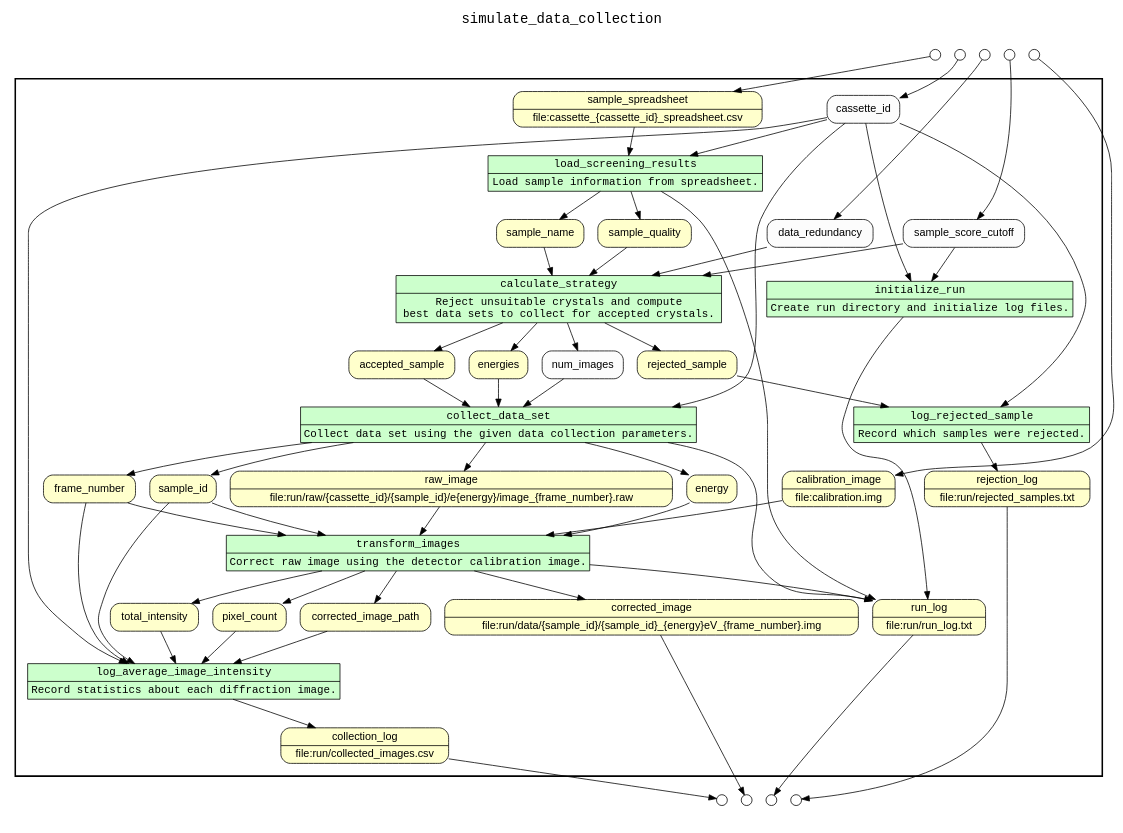
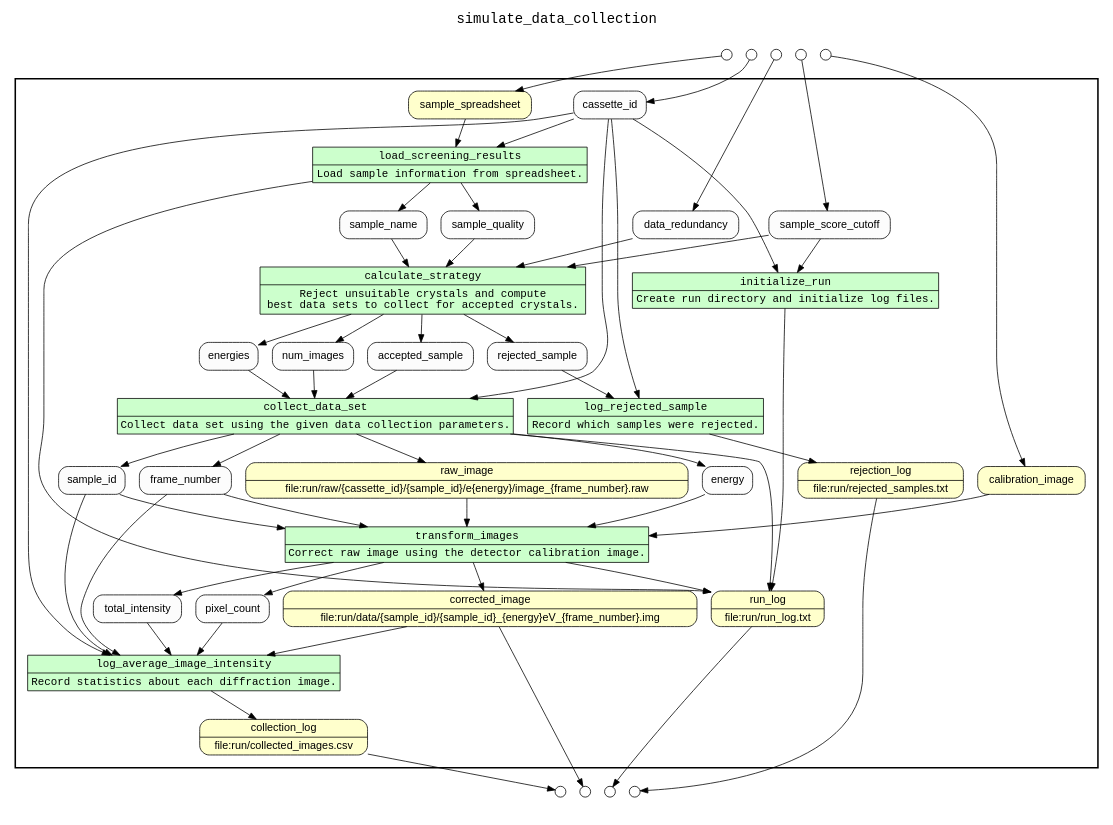
One commit to yesworkflow-org/yw-prototypes changed the diagram in examples/simulate_data_collection/yw/combined.gv. Above: the diagram before and after it, drawn with Graphviz. The commit also changed 9 other files, not shown here.

```diff
--- a/examples/simulate_data_collection/yw/combined.gv
+++ b/examples/simulate_data_collection/yw/combined.gv
@@ -1,155 +1,153 @@
 
 /* Start of top-level graph */
 digraph Workflow {
 rankdir=TB
 
 /* Title for graph */
 fontname=Courier; fontsize=18; labelloc=t
 label=simulate_data_collection
 
 /* Start of double cluster for drawing box around nodes in workflow */
 subgraph cluster_workflow_box_outer { label=""; color=black; penwidth=2
 subgraph cluster_workflow_box_inner { label=""; color=white
 
 /* Style for nodes representing atomic programs in workflow */
 node[shape=box style=filled fillcolor="#CCFFCC" peripheries=1 fontname=Courier]
 
 /* Nodes representing atomic programs in workflow */
 initialize_run [shape=record rankdir=LR label="{<f0> initialize_run |<f1> Create run directory and initialize log files.}"];
 load_screening_results [shape=record rankdir=LR label="{<f0> load_screening_results |<f1> Load sample information from spreadsheet.}"];
 calculate_strategy [shape=record rankdir=LR label="{<f0> calculate_strategy |<f1> Reject unsuitable crystals and compute \n best data sets to collect for accepted crystals.}"];
 log_rejected_sample [shape=record rankdir=LR label="{<f0> log_rejected_sample |<f1> Record which samples were rejected.}"];
 collect_data_set [shape=record rankdir=LR label="{<f0> collect_data_set |<f1> Collect data set using the given data collection parameters.}"];
 transform_images [shape=record rankdir=LR label="{<f0> transform_images |<f1> Correct raw image using the detector calibration image.}"];
 log_average_image_intensity [shape=record rankdir=LR label="{<f0> log_average_image_intensity |<f1> Record statistics about each diffraction image.}"];
 
 /* Style for nodes representing non-parameter data channels in workflow */
 node[shape=box style="rounded,filled" fillcolor="#FFFFCC" peripheries=1 fontname=Helvetica]
 
 /* Nodes for non-parameter data channels in workflow */
 corrected_image [shape=record rankdir=LR label="{<f0> corrected_image |<f1> file\:run/data/\{sample_id\}/\{sample_id\}_\{energy\}eV_\{frame_number\}.img}"];
 run_log [shape=record rankdir=LR label="{<f0> run_log |<f1> file\:run/run_log.txt}"];
 collection_log [shape=record rankdir=LR label="{<f0> collection_log |<f1> file\:run/collected_images.csv}"];
 rejection_log [shape=record rankdir=LR label="{<f0> rejection_log |<f1> file\:run/rejected_samples.txt}"];
-sample_spreadsheet [shape=record rankdir=LR label="{<f0> sample_spreadsheet |<f1> file\:cassette_\{cassette_id\}_spreadsheet.csv}"];
-sample_name
-sample_quality
-rejected_sample
-accepted_sample
-energies
-sample_id
-energy
-frame_number
+sample_spreadsheet
 raw_image [shape=record rankdir=LR label="{<f0> raw_image |<f1> file\:run/raw/\{cassette_id\}/\{sample_id\}/e\{energy\}/image_\{frame_number\}.raw}"];
-calibration_image [shape=record rankdir=LR label="{<f0> calibration_image |<f1> file\:calibration.img}"];
-corrected_image_path
-total_intensity
-pixel_count
+calibration_image
 
 /* Style for nodes representing parameter channels in workflow */
 node[shape=box style="rounded,filled" fillcolor="#FCFCFC" peripheries=1 fontname=Helvetica]
 
 /* Nodes representing parameter channels in workflow */
 cassette_id
 sample_score_cutoff
 data_redundancy
+sample_name
+sample_quality
+rejected_sample
 num_images
+accepted_sample
+energies
+sample_id
+energy
+frame_number
+total_intensity
+pixel_count
 
 /* Edges representing connections between programs and channels */
 initialize_run -> run_log
 cassette_id -> initialize_run
 sample_score_cutoff -> initialize_run
 load_screening_results -> sample_name
 load_screening_results -> sample_quality
 load_screening_results -> run_log
 cassette_id -> load_screening_results
 sample_spreadsheet -> load_screening_results
 calculate_strategy -> accepted_sample
 calculate_strategy -> rejected_sample
 calculate_strategy -> num_images
 calculate_strategy -> energies
 sample_score_cutoff -> calculate_strategy
 data_redundancy -> calculate_strategy
 sample_name -> calculate_strategy
 sample_quality -> calculate_strategy
 log_rejected_sample -> rejection_log
 cassette_id -> log_rejected_sample
 rejected_sample -> log_rejected_sample
 collect_data_set -> sample_id
 collect_data_set -> energy
 collect_data_set -> frame_number
 collect_data_set -> raw_image
 collect_data_set -> run_log
 cassette_id -> collect_data_set
 num_images -> collect_data_set
 accepted_sample -> collect_data_set
 energies -> collect_data_set
 transform_images -> corrected_image
-transform_images -> corrected_image_path
 transform_images -> total_intensity
 transform_images -> pixel_count
 transform_images -> run_log
 sample_id -> transform_images
 energy -> transform_images
 frame_number -> transform_images
 raw_image -> transform_images
 calibration_image -> transform_images
 log_average_image_intensity -> collection_log
 cassette_id -> log_average_image_intensity
 sample_id -> log_average_image_intensity
 frame_number -> log_average_image_intensity
-corrected_image_path -> log_average_image_intensity
 total_intensity -> log_average_image_intensity
 pixel_count -> log_average_image_intensity
+corrected_image -> log_average_image_intensity
 
 /* End of double cluster for drawing box around nodes in workflow */
 }}
 
 /* Hidden double-cluster for grouping workflow input ports */
 subgraph cluster_input_ports_group_outer { label=""; color=white
 subgraph cluster_input_ports_group_inner { label=""; color=white
 
 /* Style for nodes representing workflow input ports */
 node[shape=circle style="rounded,filled" fillcolor="#FFFFFF" peripheries=1 fontname=Helvetica width=0.2]
 
 /* Nodes representing workflow input ports */
 cassette_id_input_port [label=""]
 sample_score_cutoff_input_port [label=""]
 data_redundancy_input_port [label=""]
 sample_spreadsheet_input_port [label=""]
 calibration_image_input_port [label=""]
 
 /* End of double-cluster for grouping workflow input ports */
 }}
 
 /* Hidden double-cluster for grouping workflow output ports */
 subgraph cluster_output_ports_group_outer { label=""; color=white
 subgraph cluster_output_ports_group_inner { label=""; color=white
 
 /* Style for nodes representing workflow output ports */
 node[shape=circle style="rounded,filled" fillcolor="#FFFFFF" peripheries=1 fontname=Helvetica width=0.2]
 
 /* Nodes representing workflow output ports */
 corrected_image_output_port [label=""]
 run_log_output_port [label=""]
 collection_log_output_port [label=""]
 rejection_log_output_port [label=""]
 
 /* End of double-cluster for grouping workflow output ports */
 }}
 
 /* Edges from input ports to channels */
 cassette_id_input_port -> cassette_id
 sample_score_cutoff_input_port -> sample_score_cutoff
 data_redundancy_input_port -> data_redundancy
 sample_spreadsheet_input_port -> sample_spreadsheet
 calibration_image_input_port -> calibration_image
 
 /* Edges from channels to output ports */
 corrected_image -> corrected_image_output_port
 run_log -> run_log_output_port
 collection_log -> collection_log_output_port
 rejection_log -> rejection_log_output_port
 
 /* End of top-level graph */
 }
```
